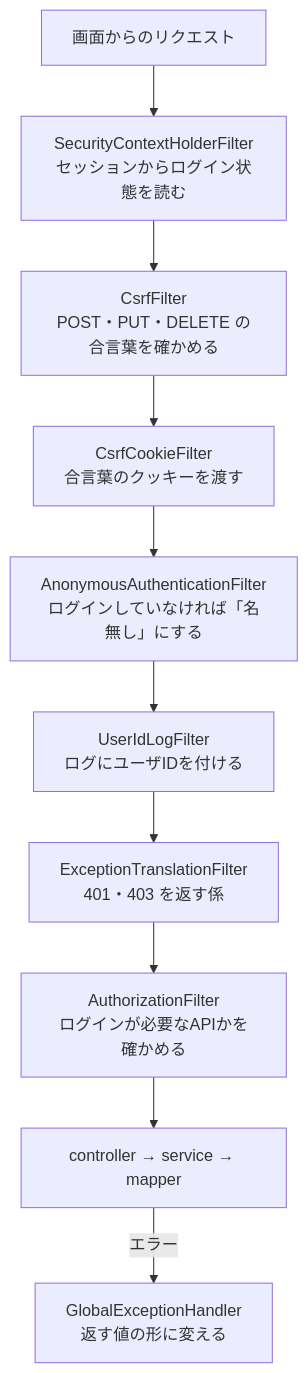
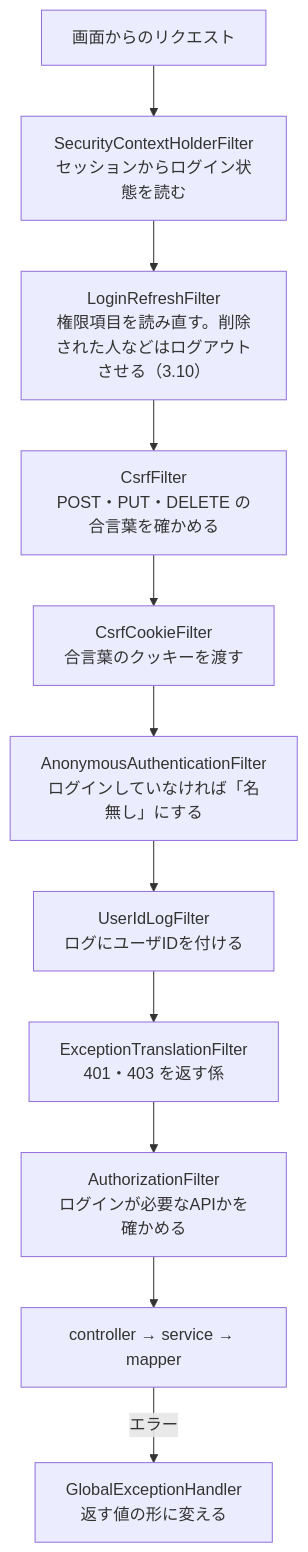
The first of 2 diagrams in internaldesign/詳細設計/common.md (sekiyak611/EquipmentManagementSystem_Document), drawn with Mermaid before and after one commit. The commit also changed other lines of this file and 194 other files, not shown here.

````diff
--- a/internaldesign/詳細設計/common.md
+++ b/internaldesign/詳細設計/common.md
@@ -110,12 +113,13 @@
 ```mermaid
 flowchart TD
     A[画面からのリクエスト] --> B[SecurityContextHolderFilter<br>セッションからログイン状態を読む]
-    B --> C[CsrfFilter<br>POST・PUT・DELETE の合言葉を確かめる]
+    B --> B2[LoginRefreshFilter<br>権限項目を読み直す。削除された人などはログアウトさせる（3.10）]
+    B2 --> C[CsrfFilter<br>POST・PUT・DELETE の合言葉を確かめる]
     C --> D[CsrfCookieFilter<br>合言葉のクッキーを渡す]
     D --> E[AnonymousAuthenticationFilter<br>ログインしていなければ「名無し」にする]
     E --> F[UserIdLogFilter<br>ログにユーザIDを付ける]
     F --> G[ExceptionTranslationFilter<br>401・403 を返す係]
     G --> H[AuthorizationFilter<br>ログインが必要なAPIかを確かめる]
     H --> I[controller → service → mapper]
     I -- エラー --> J[GlobalExceptionHandler<br>返す値の形に変える]
 ```
````
